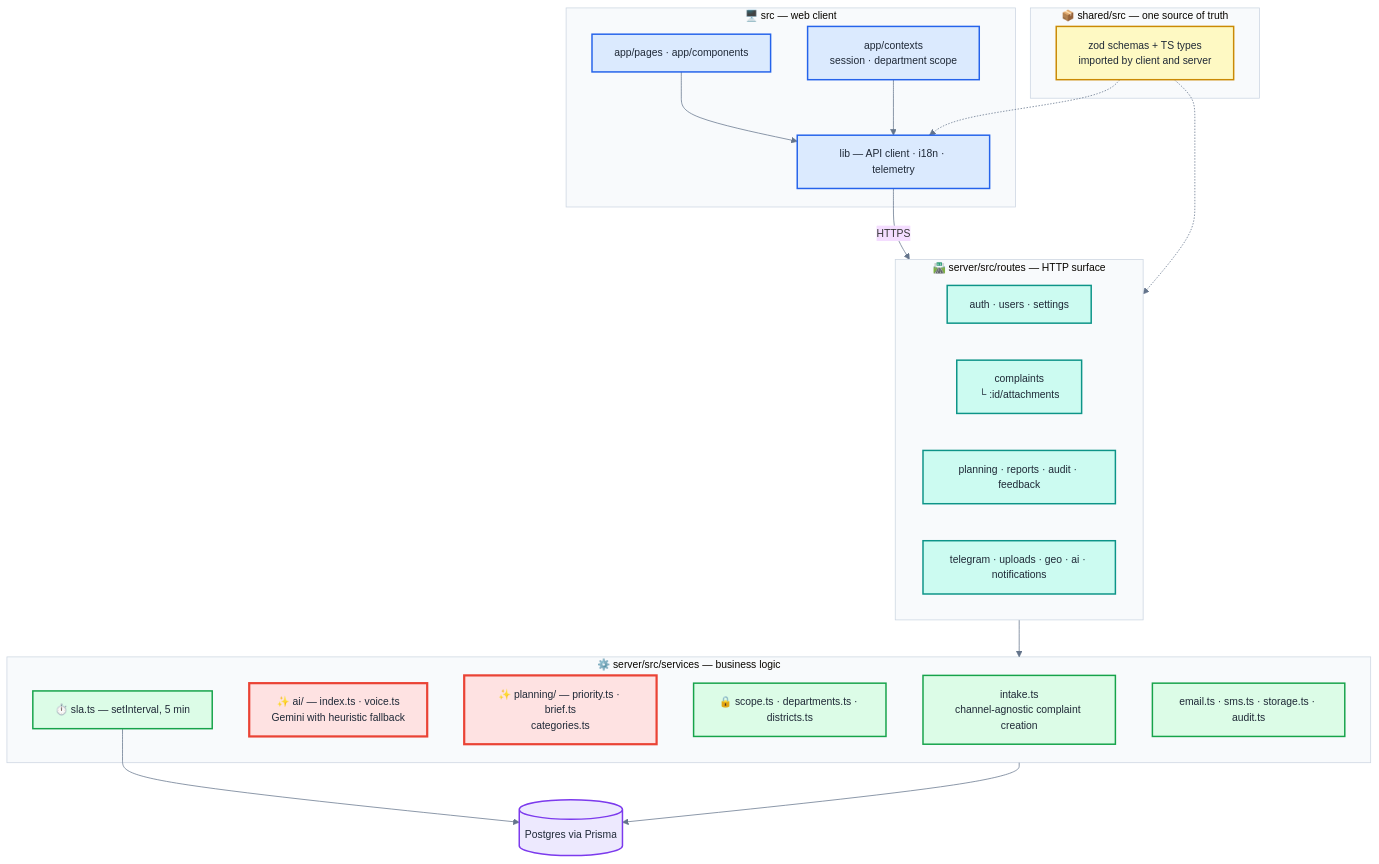
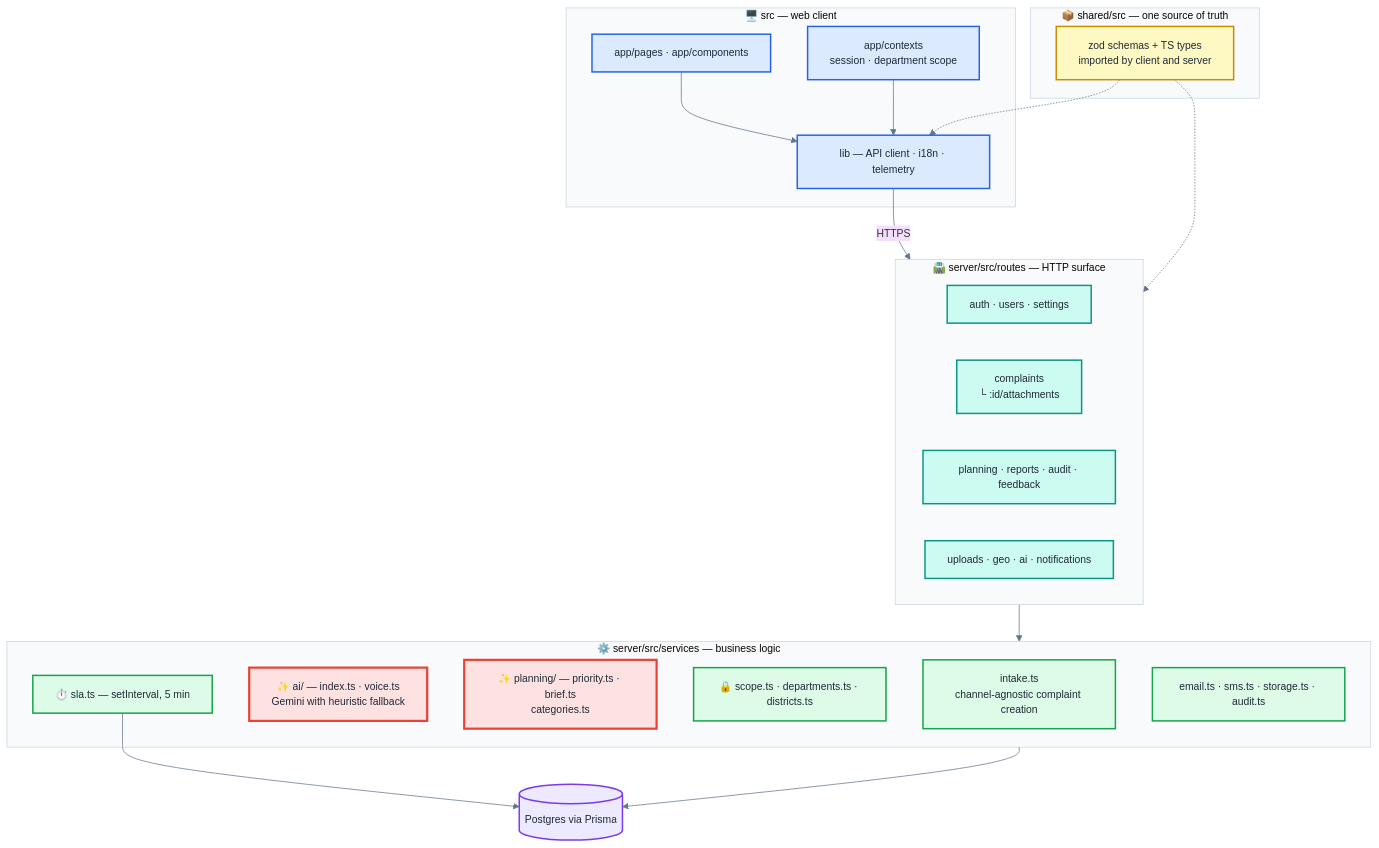
The third of 7 diagrams in README.md (khushboocodes/Nivaran), drawn with Mermaid before and after one commit. The commit also changed other lines of this file, not shown here.

````diff
--- a/README.md
+++ b/README.md
@@ -464,54 +456,54 @@
 ```mermaid
 %%{init: {'theme':'base','themeVariables':{'fontSize':'14px','lineColor':'#64748b','clusterBkg':'#f8fafc','clusterBorder':'#cbd5e1'}}}%%
 graph TB
     subgraph shared["📦 shared/src — one source of truth"]
         ZOD["zod schemas + TS types<br/>imported by client and server"]
     end
 
     subgraph client["🖥️ src — web client"]
         PAGES["app/pages · app/components"]
         CTX["app/contexts<br/>session · department scope"]
         LIB["lib — API client · i18n · telemetry"]
     end
 
     subgraph routes["🛣️ server/src/routes — HTTP surface"]
         R1["auth · users · settings"]
         R2["complaints<br/>└ :id/attachments"]
         R3["planning · reports · audit · feedback"]
-        R4["telegram · uploads · geo · ai · notifications"]
+        R4["uploads · geo · ai · notifications"]
     end
 
     subgraph services["⚙️ server/src/services — business logic"]
         S1["intake.ts<br/>channel-agnostic complaint creation"]
         S2["✨ ai/ — index.ts · voice.ts<br/>Gemini with heuristic fallback"]
         S3["✨ planning/ — priority.ts · brief.ts<br/>categories.ts"]
         S4["🔒 scope.ts · departments.ts · districts.ts"]
         S5["⏱️ sla.ts — setInterval, 5 min"]
         S6["email.ts · sms.ts · storage.ts · audit.ts"]
     end
 
     DB[("Postgres via Prisma")]
 
     PAGES --> LIB
     CTX --> LIB
     LIB -->|HTTPS| routes
     ZOD -.-> LIB
     ZOD -.-> routes
     routes --> services
     services --> DB
     S5 --> DB
 
     classDef contract fill:#fef9c3,stroke:#ca8a04,stroke-width:2px,color:#1f2937
     classDef web fill:#dbeafe,stroke:#2563eb,stroke-width:2px,color:#1f2937
     classDef route fill:#ccfbf1,stroke:#0d9488,stroke-width:2px,color:#1f2937
     classDef svc fill:#dcfce7,stroke:#16a34a,stroke-width:2px,color:#1f2937
     classDef gemini fill:#fee2e2,stroke:#ea4335,stroke-width:3px,color:#1f2937
     classDef store fill:#ede9fe,stroke:#7c3aed,stroke-width:2px,color:#1f2937
 
     class ZOD contract
     class PAGES,CTX,LIB web
     class R1,R2,R3,R4 route
     class S1,S4,S5,S6 svc
     class S2,S3 gemini
     class DB store
 ```
````
